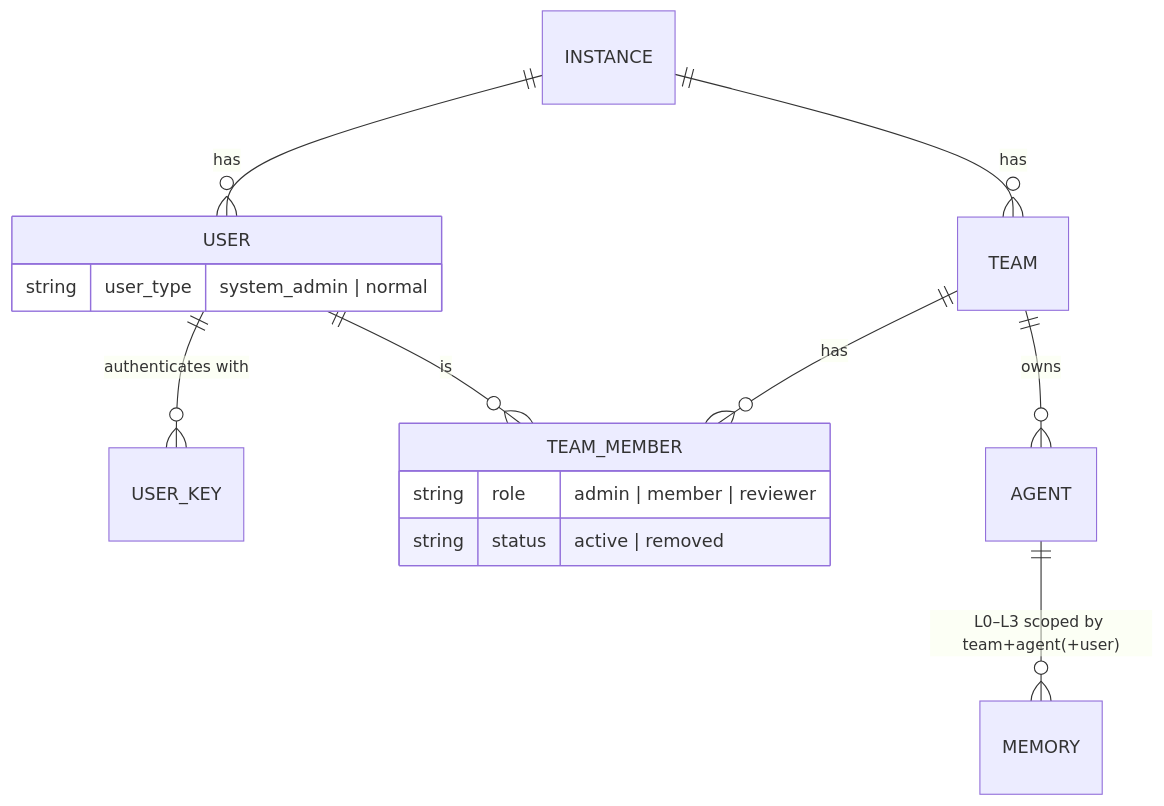
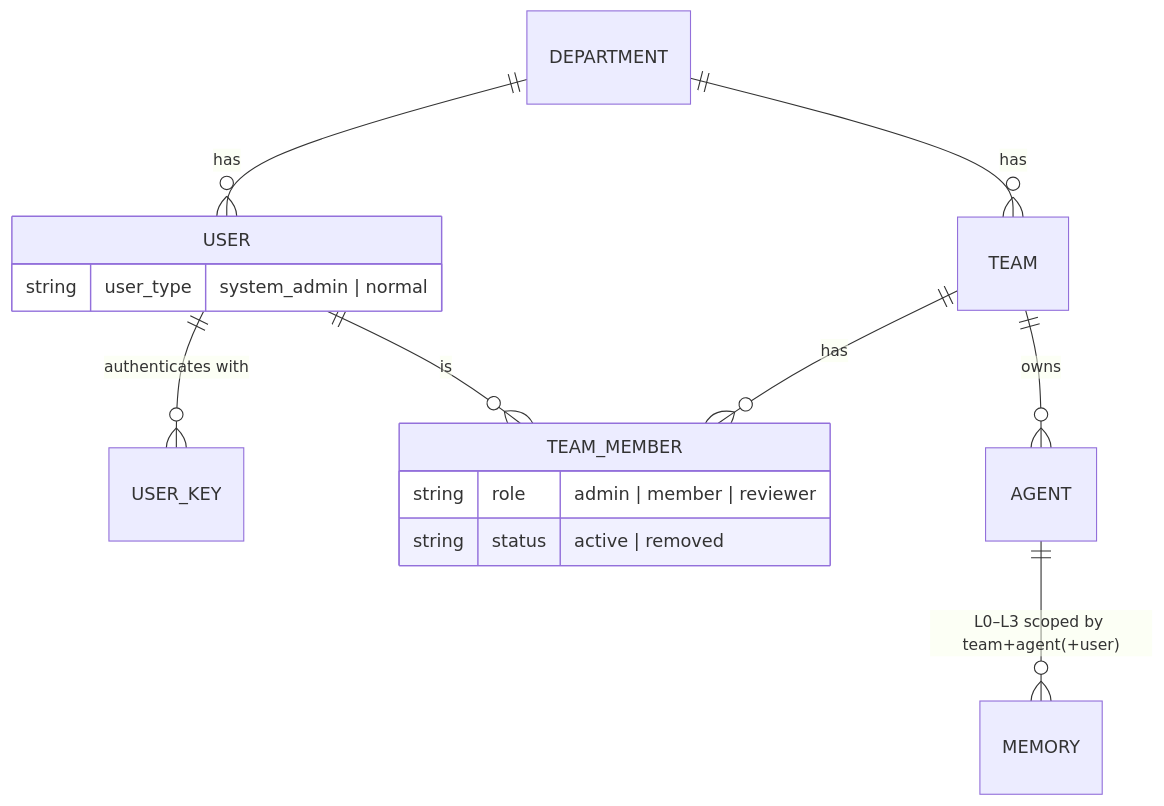
One commit to blackhorseya/AgentMemory changed the third of 12 diagrams in docs/ARCHITECTURE.md. Above: the diagram before and after it, drawn with Mermaid. The commit also changed other lines of this file and 124 other files, not shown here.

First line of the commit message:
refactor: rename instance to department, with versioned storage migrations (#32)

````diff
--- a/docs/ARCHITECTURE.md
+++ b/docs/ARCHITECTURE.md
@@ -95,17 +95,17 @@
 ```mermaid
 erDiagram
-  INSTANCE ||--o{ USER : has
-  INSTANCE ||--o{ TEAM : has
+  DEPARTMENT ||--o{ USER : has
+  DEPARTMENT ||--o{ TEAM : has
   USER ||--o{ USER_KEY : "authenticates with"
   TEAM ||--o{ TEAM_MEMBER : has
   USER ||--o{ TEAM_MEMBER : "is"
   TEAM ||--o{ AGENT : owns
   AGENT ||--o{ MEMORY : "L0–L3 scoped by team+agent(+user)"
   USER {
     string user_type "system_admin | normal"
   }
   TEAM_MEMBER {
     string role "admin | member | reviewer"
     string status "active | removed"
   }
 ```
````
